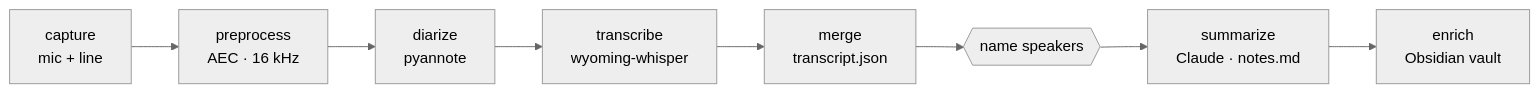
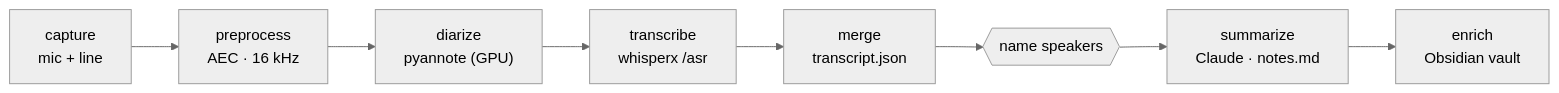
Before and after one commit to nathanpaul/briefly: the diagram in README.md, drawn with Mermaid (neutral theme). The commit also changed other lines of this file and 22 other files, not shown here.

````diff
--- a/README.md
+++ b/README.md
@@ -25,10 +25,10 @@
 ```mermaid
 flowchart LR
     C["capture<br/>mic + line"] --> P["preprocess<br/>AEC · 16 kHz"]
-    P --> D["diarize<br/>pyannote"]
-    D --> T["transcribe<br/>wyoming-whisper"]
+    P --> D["diarize<br/>pyannote (GPU)"]
+    D --> T["transcribe<br/>whisperx /asr"]
     T --> M["merge<br/>transcript.json"]
     M --> NAME{{name speakers}}
     NAME --> S["summarize<br/>Claude · notes.md"]
     S --> E["enrich<br/>Obsidian vault"]
 ```
````
